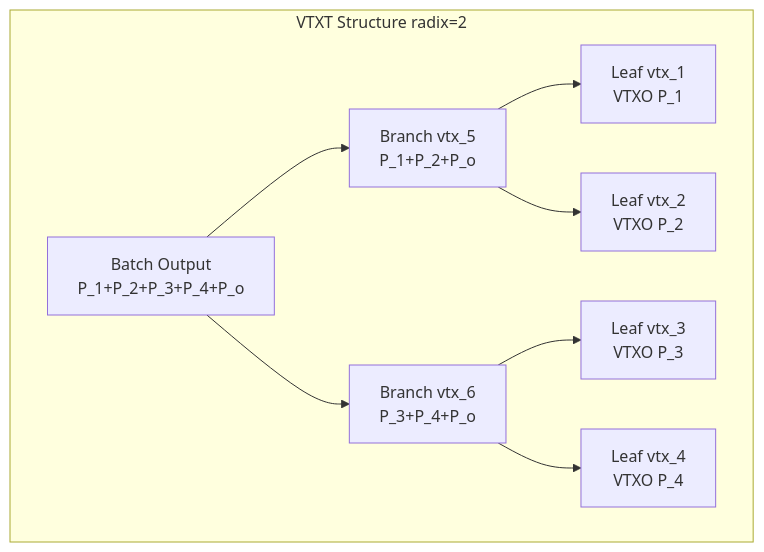
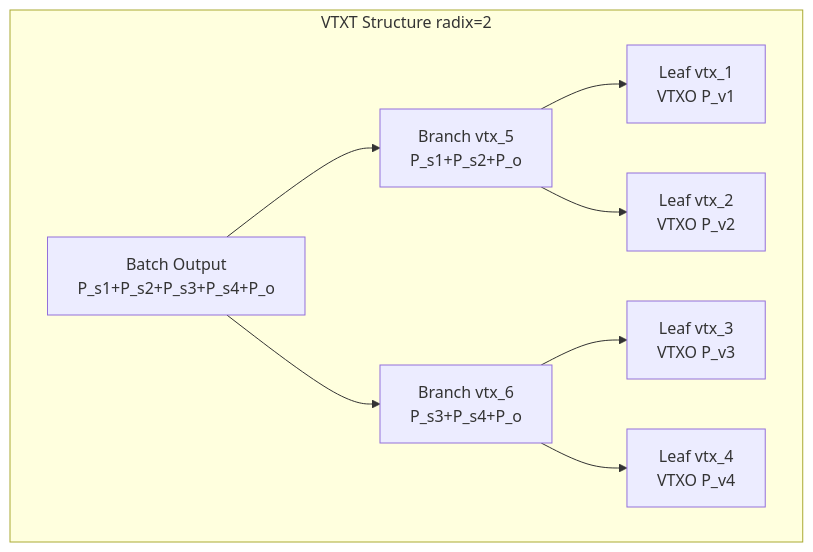
One commit to lightninglabs/wavelength changed the second of 6 diagrams in docs/ark-specs/ARK-01-transactions.md. Above: the diagram before and after it, drawn with Mermaid. The commit also changed other lines of this file and 1 other file, not shown here.

Commit message:
docs/ark-specs: address PR #55 review follow-ups
Fix remaining items from Elle and Codex review comments on PR #55:

- ARK-01: Fix VTXT mermaid diagram to use P_s (signing key) notation for
  branch nodes and P_v (ownership key) notation for VTXO leaves, matching
  the key separation model.

- ARK-01: Add within-round linkability caveat to privacy discussion. The
  same signing key P_s is used in all branch nodes for a given VTXO within
  one round, so an observer can link P_s to a specific VTXO. But since P_s
  is ephemeral and changes each round, cross-round linkability is prevented.

- ARK-00: Expand batch/connector output descriptions in the Batch
  Transaction definition to clarify that batch outputs pay to VTXT roots
  with VTXO leaves while connector outputs pay to tree roots with connector
  leaves.

````diff
--- a/docs/ark-specs/ARK-01-transactions.md
+++ b/docs/ark-specs/ARK-01-transactions.md
@@ -351,21 +357,21 @@
 ```mermaid
 graph TD
     subgraph "VTXT Structure radix=2"
-        ROOT[Batch Output<br/>P_1+P_2+P_3+P_4+P_o]
+        ROOT[Batch Output<br/>P_s1+P_s2+P_s3+P_s4+P_o]
 
-        B1[Branch vtx_5<br/>P_1+P_2+P_o]
-        B2[Branch vtx_6<br/>P_3+P_4+P_o]
+        B1[Branch vtx_5<br/>P_s1+P_s2+P_o]
+        B2[Branch vtx_6<br/>P_s3+P_s4+P_o]
 
-        L1[Leaf vtx_1<br/>VTXO P_1]
-        L2[Leaf vtx_2<br/>VTXO P_2]
-        L3[Leaf vtx_3<br/>VTXO P_3]
-        L4[Leaf vtx_4<br/>VTXO P_4]
+        L1[Leaf vtx_1<br/>VTXO P_v1]
+        L2[Leaf vtx_2<br/>VTXO P_v2]
+        L3[Leaf vtx_3<br/>VTXO P_v3]
+        L4[Leaf vtx_4<br/>VTXO P_v4]
 
         ROOT --> B1
         ROOT --> B2
         B1 --> L1
         B1 --> L2
         B2 --> L3
         B2 --> L4
     end
 ```
````
